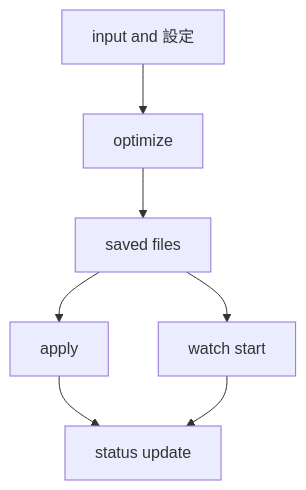
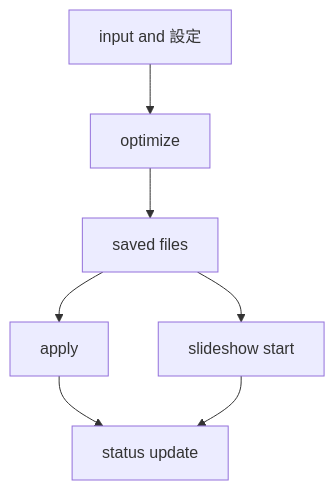
The second of 3 diagrams in docs/specs/gui/harite-gui-spec.md (oggy8021/Harite), drawn with Mermaid before and after one commit. The commit also changed other lines of this file and 37 other files, not shown here.

````diff
--- a/docs/specs/gui/harite-gui-spec.md
+++ b/docs/specs/gui/harite-gui-spec.md
@@ -52,9 +52,9 @@
 ```mermaid
 flowchart TD
     A[input and 設定] --> B[optimize]
     B --> C[saved files]
     C --> D[apply]
-    C --> E[watch start]
+    C --> E[slideshow start]
     D --> F[status update]
     E --> F
 ```
````
